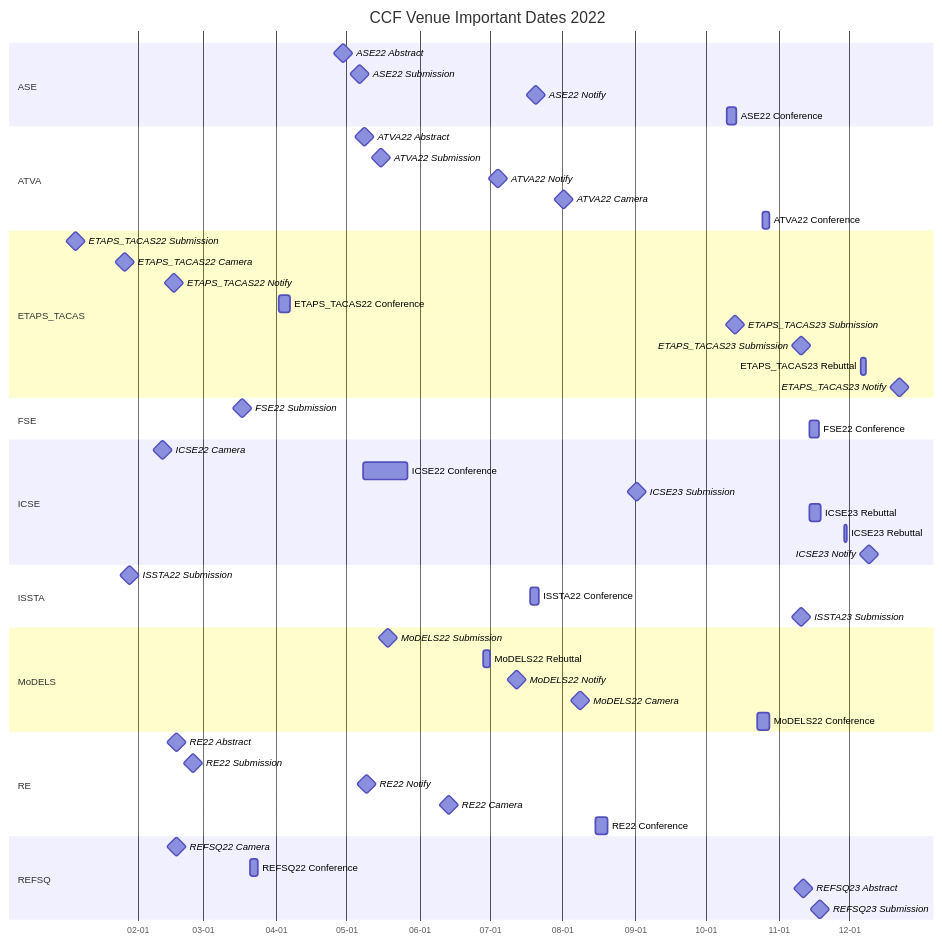
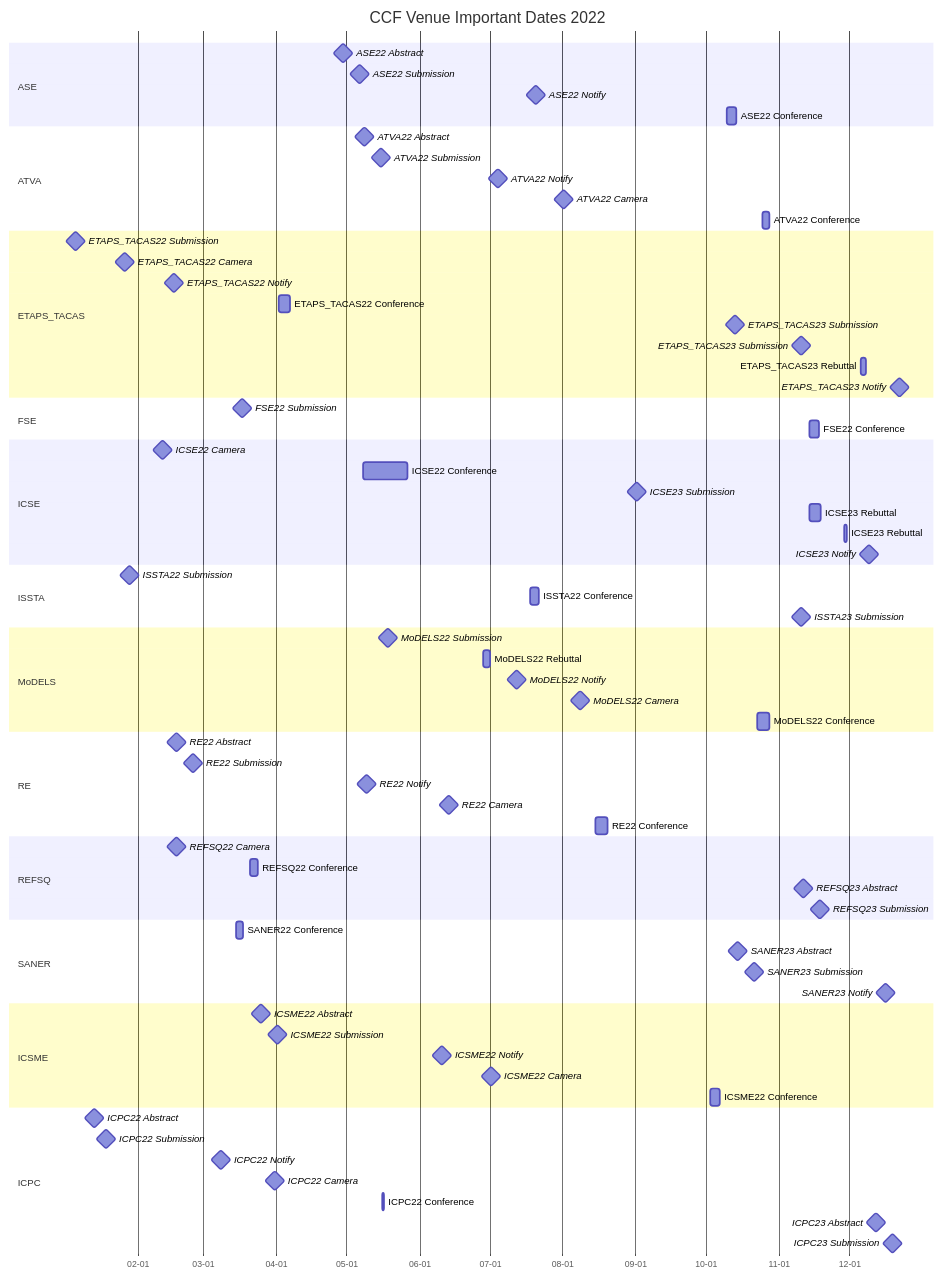
One commit to HansBug/research_ideas changed the seventh of 9 diagrams in ccf_venues/TIMELINE.md. Above: the diagram before and after it, drawn with Mermaid. The commit also changed other lines of this file and 36 other files, not shown here.

````diff
--- a/ccf_venues/TIMELINE.md
+++ b/ccf_venues/TIMELINE.md
@@ -918,4 +1080,26 @@
   REFSQ23 Abstract :milestone, refsq_2022_3_20221111, 2022-11-11, 1d
   REFSQ23 Submission :milestone, refsq_2022_4_20221118, 2022-11-18, 1d
 
+  section SANER
+  SANER22 Conference :saner22_conf, 2022-03-15, 2022-03-18
+  SANER23 Abstract :milestone, saner23_abs_20221014, 2022-10-14, 1d
+  SANER23 Submission :milestone, saner23_sub_20221021, 2022-10-21, 1d
+  SANER23 Notify :milestone, saner23_not_20221216, 2022-12-16, 1d
+
+  section ICSME
+  ICSME22 Abstract :milestone, icsme22_abs_20220325, 2022-03-25, 1d
+  ICSME22 Submission :milestone, icsme22_sub_20220401, 2022-04-01, 1d
+  ICSME22 Notify :milestone, icsme22_not_20220610, 2022-06-10, 1d
+  ICSME22 Camera :milestone, icsme22_cam_20220701, 2022-07-01, 1d
+  ICSME22 Conference :icsme22_conf, 2022-10-03, 2022-10-07
+
+  section ICPC
+  ICPC22 Abstract :milestone, icpc22_abs_20220113, 2022-01-13, 1d
+  ICPC22 Submission :milestone, icpc22_sub_20220118, 2022-01-18, 1d
+  ICPC22 Notify :milestone, icpc22_not_20220308, 2022-03-08, 1d
+  ICPC22 Camera :milestone, icpc22_cam_20220331, 2022-03-31, 1d
+  ICPC22 Conference :icpc22_conf, 2022-05-16, 2022-05-17
+  ICPC23 Abstract :milestone, icpc23_abs_20221212, 2022-12-12, 1d
+  ICPC23 Submission :milestone, icpc23_sub_20221219, 2022-12-19, 1d
+
 ```
````
